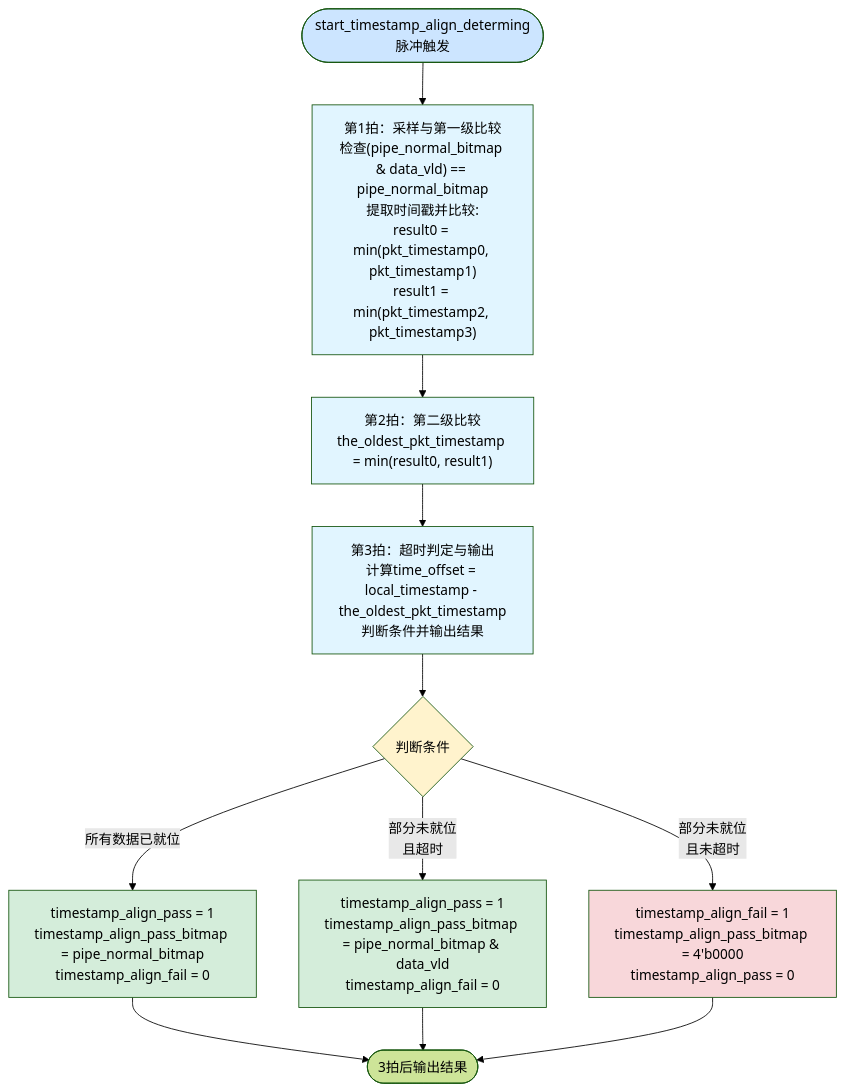
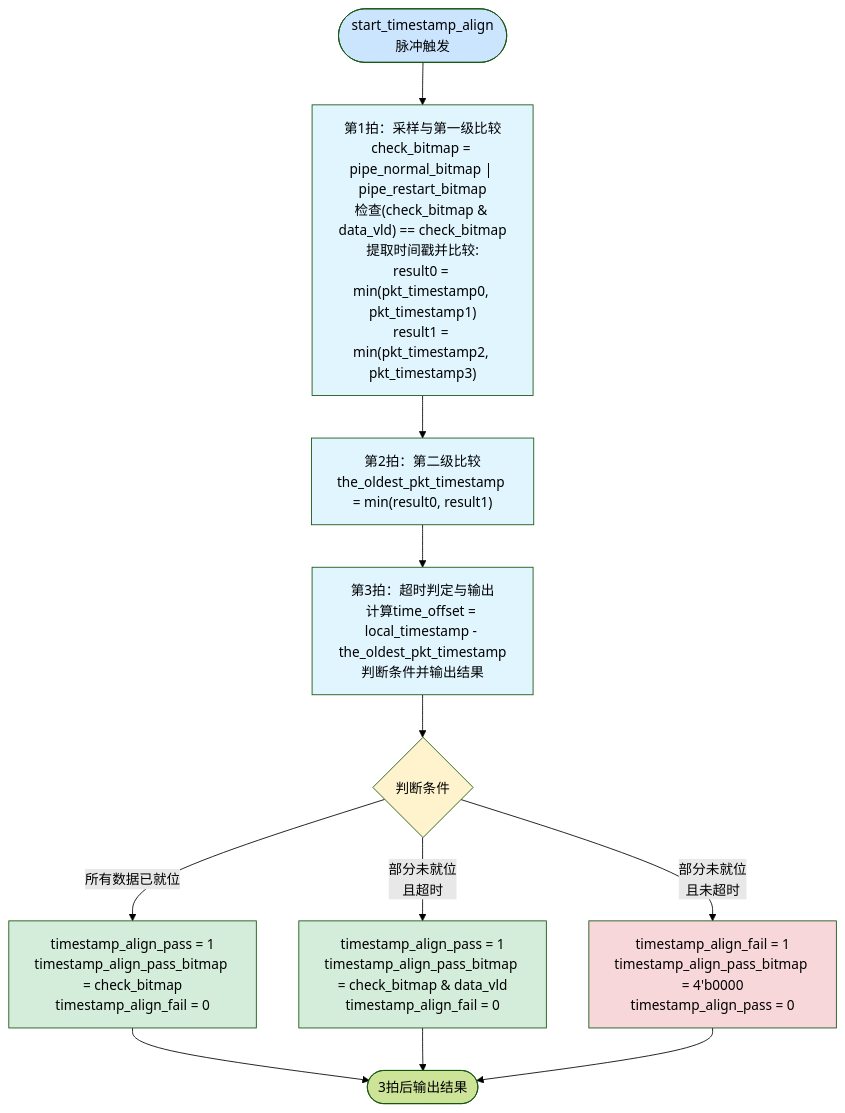
The second of 2 diagrams in sync_aggr/design_spec/pipe_mask_ctrl_design.md (Qiupeng-5315302/QKQ_RTL_GEN), drawn with Mermaid (forest theme) before and after one commit. The commit also changed other lines of this file and 2 other files, not shown here.

First line of the commit message:
统一信号名称并支持pipe_restart_bitmap检测

````diff
--- a/sync_aggr/design_spec/pipe_mask_ctrl_design.md
+++ b/sync_aggr/design_spec/pipe_mask_ctrl_design.md
@@ -215,29 +283,29 @@
 ```mermaid
 flowchart TD
-    Start([start_timestamp_align_determing<br/>脉冲触发]) --> Pipe1["第1拍：采样与第一级比较<br/>检查(pipe_normal_bitmap & data_vld) == pipe_normal_bitmap<br/>提取时间戳并比较:<br/>result0 = min(pkt_timestamp0, pkt_timestamp1)<br/>result1 = min(pkt_timestamp2, pkt_timestamp3)"]
+    Start([start_timestamp_align<br/>脉冲触发]) --> Pipe1["第1拍：采样与第一级比较<br/>check_bitmap = pipe_normal_bitmap | pipe_restart_bitmap<br/>检查(check_bitmap & data_vld) == check_bitmap<br/>提取时间戳并比较:<br/>result0 = min(pkt_timestamp0, pkt_timestamp1)<br/>result1 = min(pkt_timestamp2, pkt_timestamp3)"]
     
     Pipe1 --> Pipe2["第2拍：第二级比较<br/>the_oldest_pkt_timestamp = min(result0, result1)"]
     
     Pipe2 --> Pipe3["第3拍：超时判定与输出<br/>计算time_offset = local_timestamp - the_oldest_pkt_timestamp<br/>判断条件并输出结果"]
     
     Pipe3 --> Judge{判断条件}
     
-    Judge -->|所有数据已就位| AllSuccess[timestamp_align_pass = 1<br/>timestamp_align_pass_bitmap = pipe_normal_bitmap<br/>timestamp_align_fail = 0]
+    Judge -->|所有数据已就位| AllSuccess[timestamp_align_pass = 1<br/>timestamp_align_pass_bitmap = check_bitmap<br/>timestamp_align_fail = 0]
     
-    Judge -->|部分未就位<br/>且超时| Success[timestamp_align_pass = 1<br/>timestamp_align_pass_bitmap = pipe_normal_bitmap & data_vld<br/>timestamp_align_fail = 0]
+    Judge -->|部分未就位<br/>且超时| Success[timestamp_align_pass = 1<br/>timestamp_align_pass_bitmap = check_bitmap & data_vld<br/>timestamp_align_fail = 0]
     
     Judge -->|部分未就位<br/>且未超时| Fail[timestamp_align_fail = 1<br/>timestamp_align_pass_bitmap = 4'b0000<br/>timestamp_align_pass = 0]
     
     AllSuccess --> End([3拍后输出结果])
     Success --> End
     Fail --> End
     
     style Start fill:#cce5ff
     style Pipe1 fill:#e1f5ff
     style Pipe2 fill:#e1f5ff
     style Pipe3 fill:#e1f5ff
     style Judge fill:#fff3cd
     style AllSuccess fill:#d4edda
     style Success fill:#d4edda
     style Fail fill:#f8d7da
 ```
````
